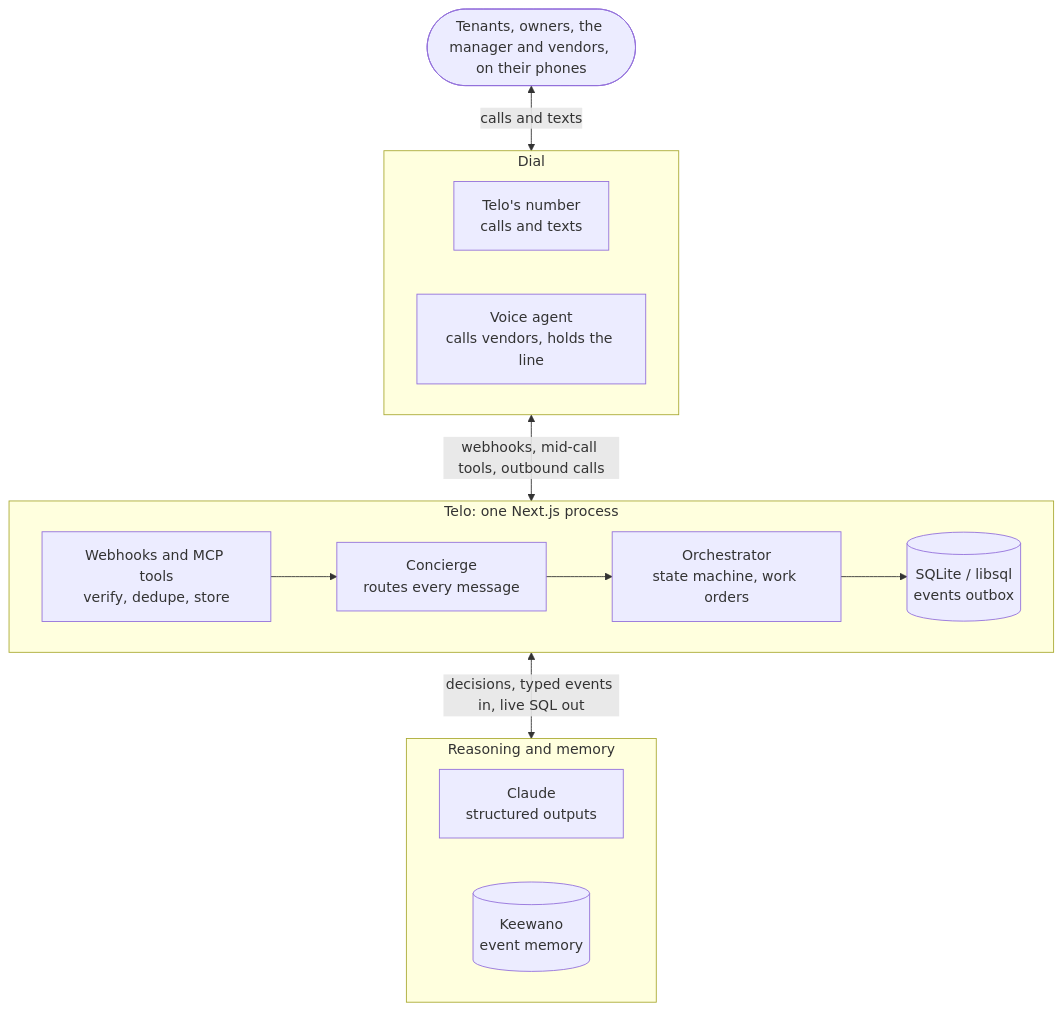
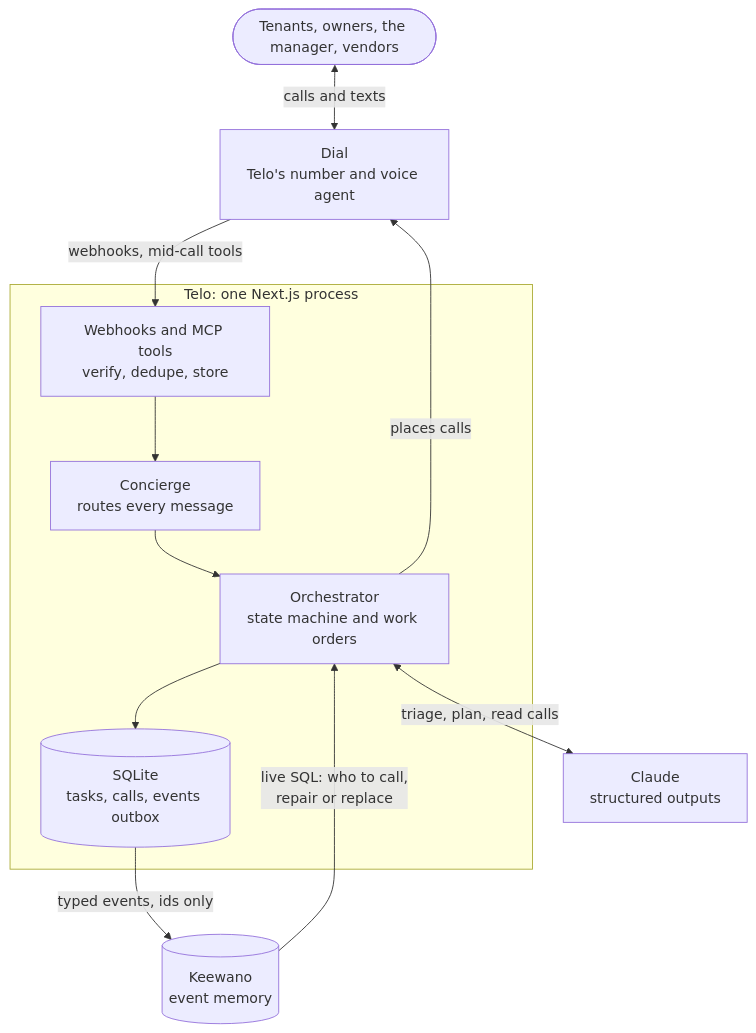
Before and after one commit to dylann4500/Telo: the second of 2 diagrams in README.md, drawn with Mermaid. The commit also changed other lines of this file and 5 other files, not shown here.

First line of the commit message:
Show the real dashboard in the README and make the diagrams readable

````diff
--- a/README.md
+++ b/README.md
@@ -102,25 +125,22 @@
 ```mermaid
 flowchart TB
-  people(["Tenants, owners, the manager and vendors, on their phones"])
-  subgraph Dial["Dial"]
-    direction LR
-    num["Telo's number<br/>calls and texts"]
-    va["Voice agent<br/>calls vendors, holds the line"]
+  P(["Tenants, owners, the manager, vendors"])
+  D["Dial<br/>Telo's number and voice agent"]
+  subgraph T["Telo: one Next.js process"]
+    W["Webhooks and MCP tools<br/>verify, dedupe, store"]
+    C["Concierge<br/>routes every message"]
+    O["Orchestrator<br/>state machine and work orders"]
+    DB[("SQLite<br/>tasks, calls, events outbox")]
   end
-  subgraph Telo["Telo: one Next.js process"]
-    direction LR
-    in["Webhooks and MCP tools<br/>verify, dedupe, store"]
-    con["Concierge<br/>routes every message"]
-    orch["Orchestrator<br/>state machine, work orders"]
-    db[("SQLite / libsql<br/>events outbox")]
-    in --> con --> orch --> db
-  end
-  subgraph Brain["Reasoning and memory"]
-    direction LR
-    llm["Claude<br/>structured outputs"]
-    kw[("Keewano<br/>event memory")]
-  end
-  people <-->|calls and texts| Dial
-  Dial <-->|webhooks, mid-call tools, outbound calls| Telo
-  Telo <-->|decisions, typed events in, live SQL out| Brain
+  L["Claude<br/>structured outputs"]
+  K[("Keewano<br/>event memory")]
+
+  P <-->|calls and texts| D
+  D -->|webhooks, mid-call tools| W
+  W --> C --> O
+  O -->|places calls| D
+  O <-->|triage, plan, read calls| L
+  O --> DB
+  DB -->|typed events, ids only| K
+  K -->|live SQL: who to call,<br/>repair or replace| O
 ```
````
